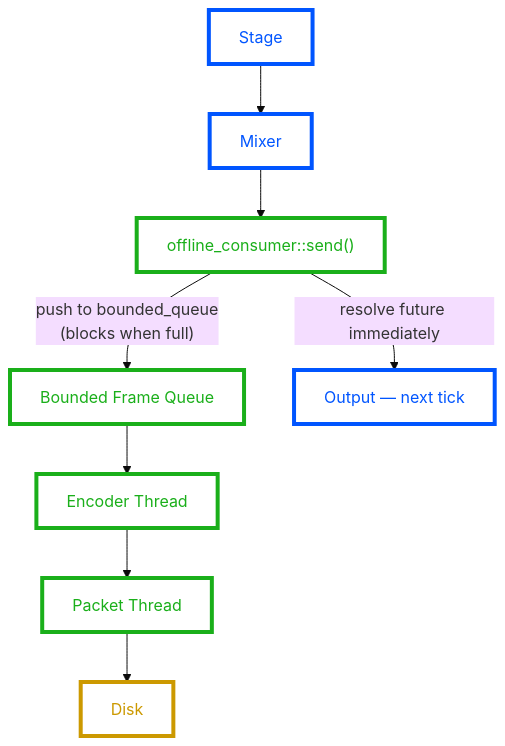
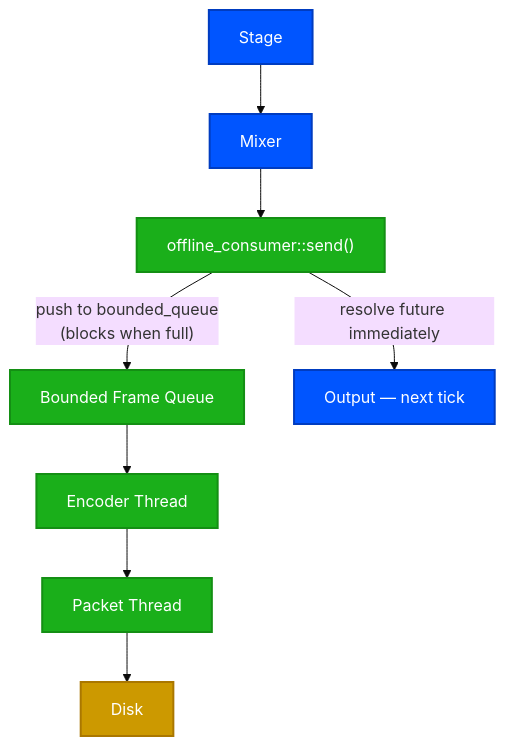
Before and after one commit to den-frie-vilje/casparCG: the eighth of 10 diagrams in docs/architecture.md, drawn with Mermaid (base theme). The commit also changed other lines of this file, not shown here.

Commit message:
docs: use solid fills in all diagrams

````diff
--- a/docs/architecture.md
+++ b/docs/architecture.md
@@ -624,14 +624,14 @@
 ```mermaid
 flowchart TB
-    classDef coreNode fill:#FFF,color:#0055FF,stroke:#0055FF,stroke-width:4px
-    classDef moduleNode fill:#FFF,color:#1AAF1A,stroke:#1AAF1A,stroke-width:4px
-    classDef diskNode fill:#FFF,color:#CC9900,stroke:#CC9900,stroke-width:4px
+    classDef coreNode fill:#0055FF,color:#FFF,stroke:#003CC0,stroke-width:2px
+    classDef moduleNode fill:#1AAF1A,color:#FFF,stroke:#148F14,stroke-width:2px
+    classDef diskNode fill:#CC9900,color:#FFF,stroke:#AA7700,stroke-width:2px
 
     STAGE[Stage]:::coreNode --> MIXER[Mixer]:::coreNode
     MIXER --> SEND["offline_consumer::send()"]:::moduleNode
     SEND -->|"push to bounded_queue<br/>(blocks when full)"| Q[Bounded Frame Queue]:::moduleNode
     SEND -->|"resolve future immediately"| OUTPUT[Output — next tick]:::coreNode
     Q --> ENC[Encoder Thread]:::moduleNode
     ENC --> MUX[Packet Thread]:::moduleNode
     MUX --> DISK["Disk"]:::diskNode
 ```
````
